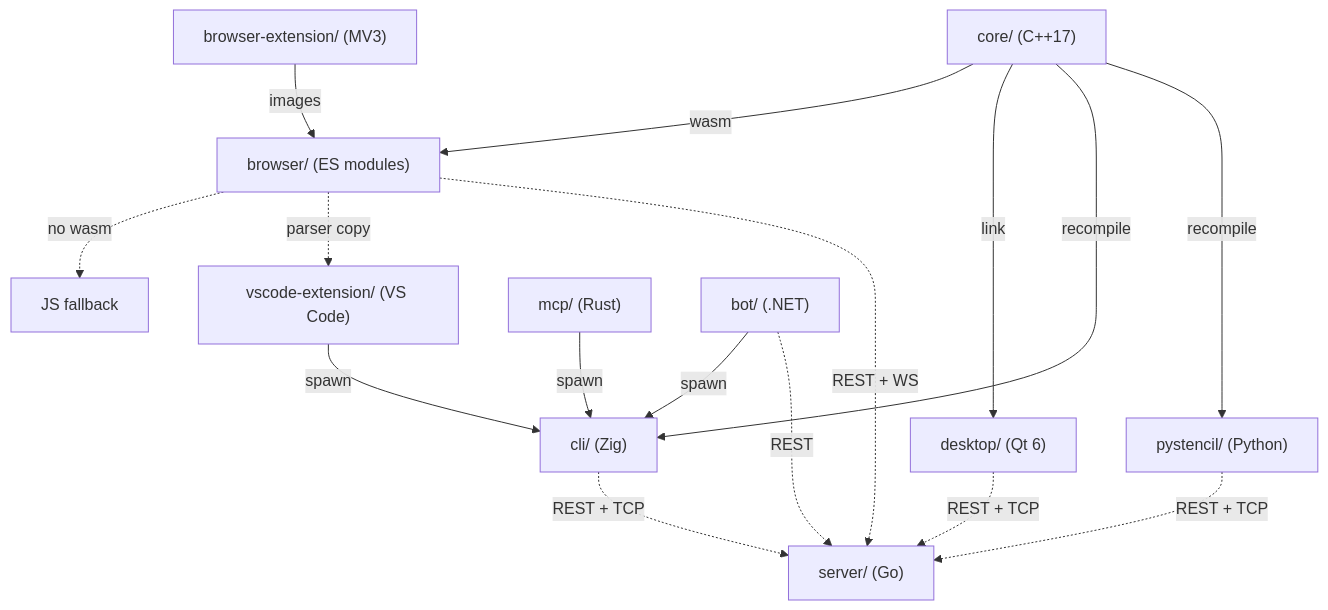
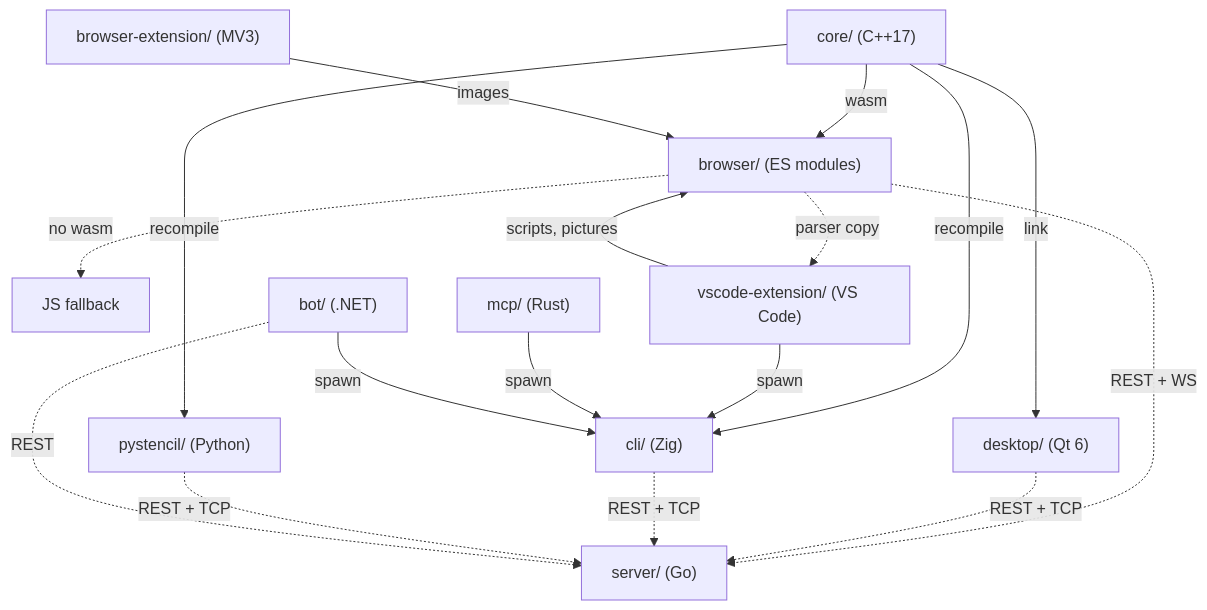
Before and after one commit to andrew1407/stencil: the diagram in ARCHITECTURE.md, drawn with Mermaid. The commit also changed other lines of this file and 82 other files, not shown here.

````diff
--- a/ARCHITECTURE.md
+++ b/ARCHITECTURE.md
@@ -13,30 +13,31 @@
 ```mermaid
 graph TD
     CORE["core/ (C++17)"]
     WEB["browser/ (ES modules)"]
     DESK["desktop/ (Qt 6)"]
     CLI["cli/ (Zig)"]
     PY["pystencil/ (Python)"]
     FB["JS fallback"]
     EXT["browser-extension/ (MV3)"]
     VSC["vscode-extension/ (VS Code)"]
     MCP["mcp/ (Rust)"]
     BOT["bot/ (.NET)"]
     SRV["server/ (Go)"]
 
     CORE -->|"wasm"| WEB
     CORE -->|"link"| DESK
     CORE -->|"recompile"| CLI
     CORE -->|"recompile"| PY
     WEB -.->|"no wasm"| FB
     EXT -->|"images"| WEB
+    VSC -->|"scripts, pictures"| WEB
     WEB -.->|"parser copy"| VSC
     VSC -->|"spawn"| CLI
     MCP -->|"spawn"| CLI
     BOT -->|"spawn"| CLI
     WEB -.->|"REST + WS"| SRV
     DESK -.->|"REST + TCP"| SRV
     CLI -.->|"REST + TCP"| SRV
     PY -.->|"REST + TCP"| SRV
     BOT -.->|"REST"| SRV
 ```
````
